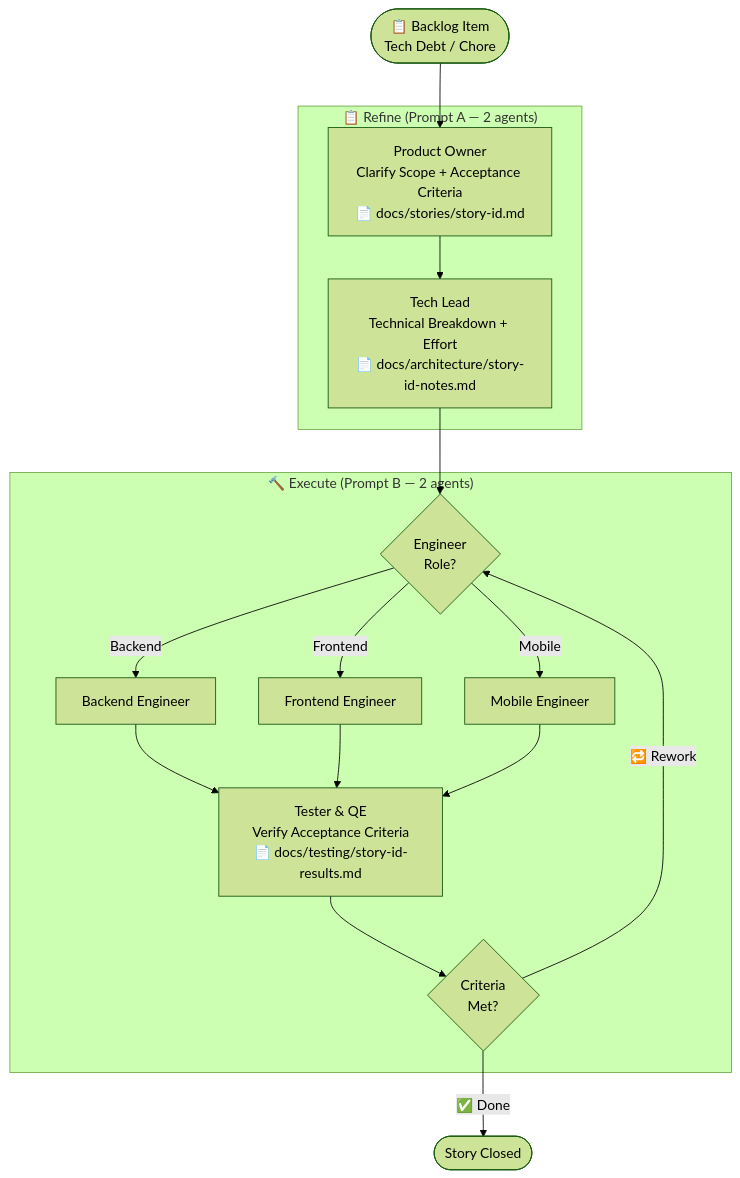
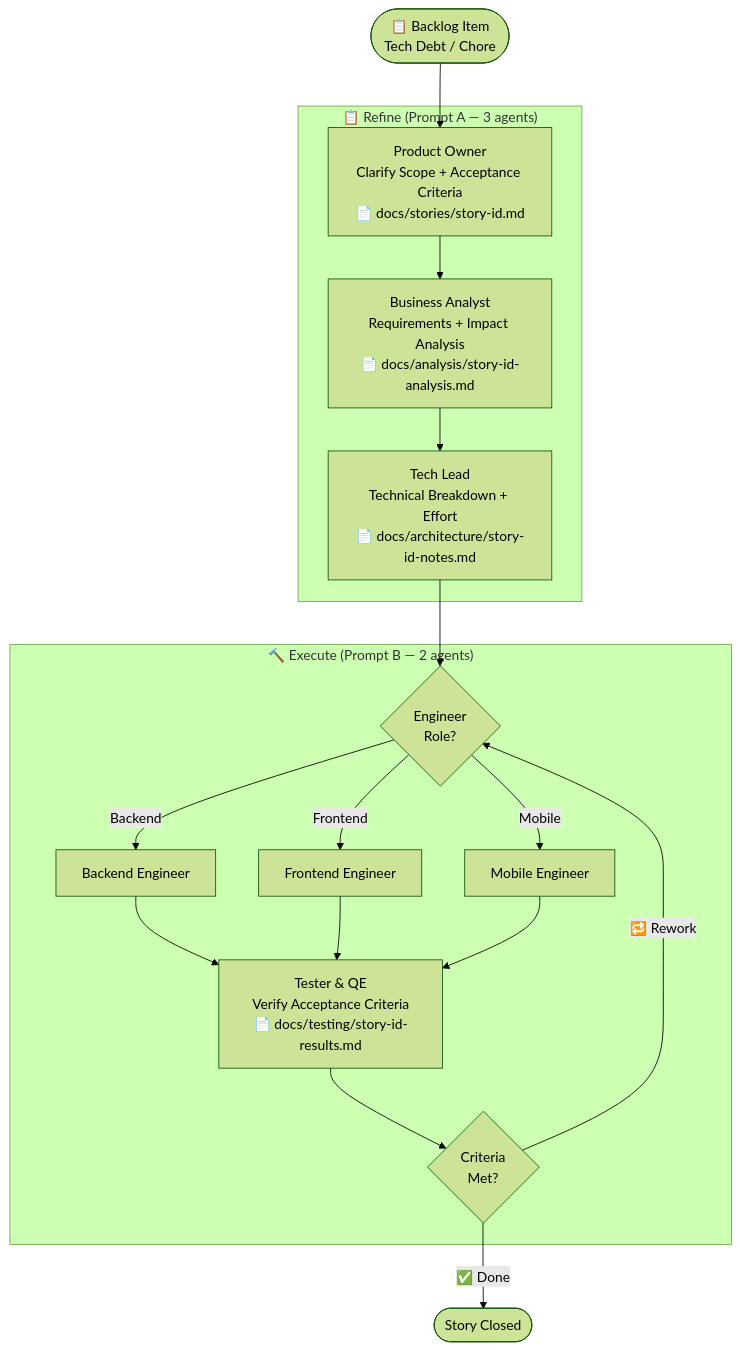
Before and after one commit to simbataisa/agent-skill-plugin: the fifth of 5 diagrams in bmad-sdlc-agents/README.md, drawn with Mermaid (forest theme). The commit also changed other lines of this file and 13 other files, not shown here.

````diff
--- a/bmad-sdlc-agents/README.md
+++ b/bmad-sdlc-agents/README.md
@@ -1954,30 +1988,31 @@
 ```mermaid
 flowchart TD
     START([📋 Backlog Item\nTech Debt / Chore]) --> PO
 
-    subgraph REFINE["📋 Refine (Prompt A — 2 agents)"]
+    subgraph REFINE["📋 Refine (Prompt A — 3 agents)"]
         PO["Product Owner\nClarify Scope + Acceptance Criteria\n📄 docs/stories/story-id.md"]
+        BA["Business Analyst\nRequirements + Impact Analysis\n📄 docs/analysis/story-id-analysis.md"]
         TL["Tech Lead\nTechnical Breakdown + Effort\n📄 docs/architecture/story-id-notes.md"]
 
-        PO --> TL
+        PO --> BA --> TL
     end
 
     TL --> ENG_Q
 
     subgraph EXEC["🔨 Execute (Prompt B — 2 agents)"]
         ENG_Q{Engineer\nRole?}
         BE["Backend Engineer"]
         FE["Frontend Engineer"]
         ME["Mobile Engineer"]
         TQE["Tester & QE\nVerify Acceptance Criteria\n📄 docs/testing/story-id-results.md"]
         PASS{Criteria\nMet?}
 
         ENG_Q -->|Backend| BE
         ENG_Q -->|Frontend| FE
         ENG_Q -->|Mobile| ME
         BE & FE & ME --> TQE --> PASS
         PASS -->|"🔁 Rework"| ENG_Q
     end
 
     PASS -->|"✅ Done"| DONE([Story Closed])
 ```
````
